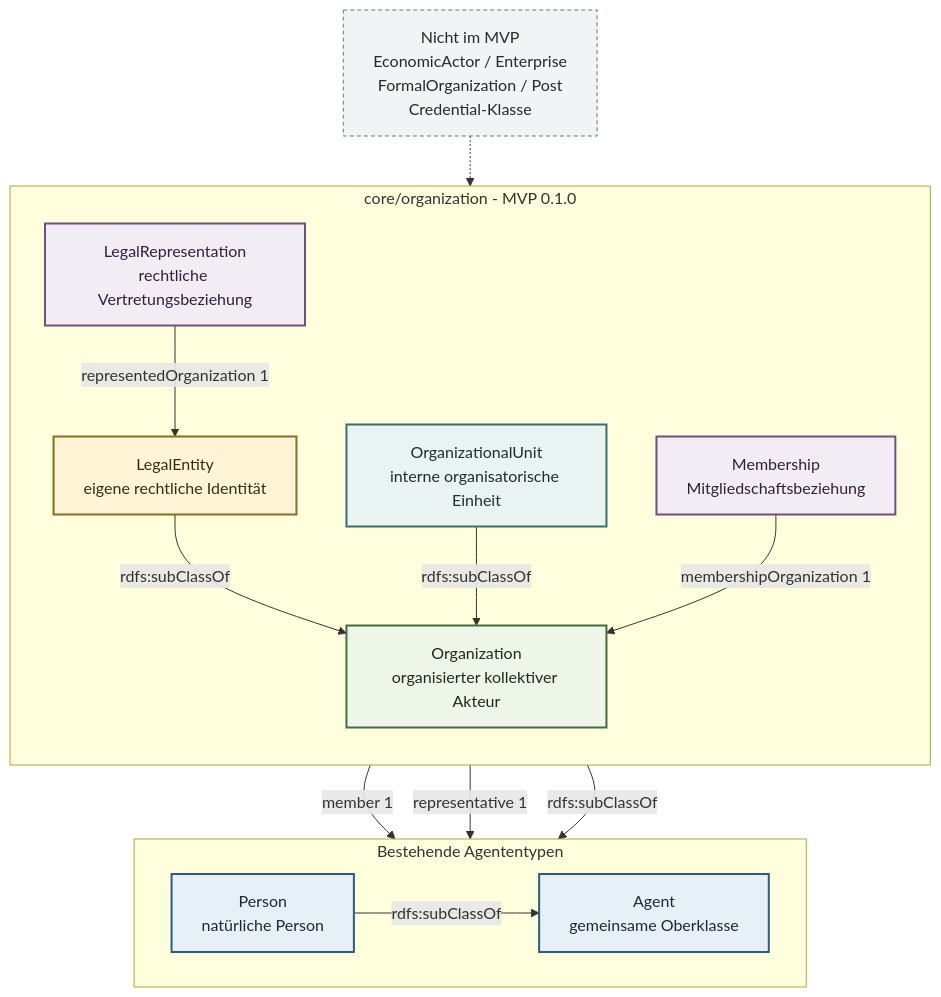
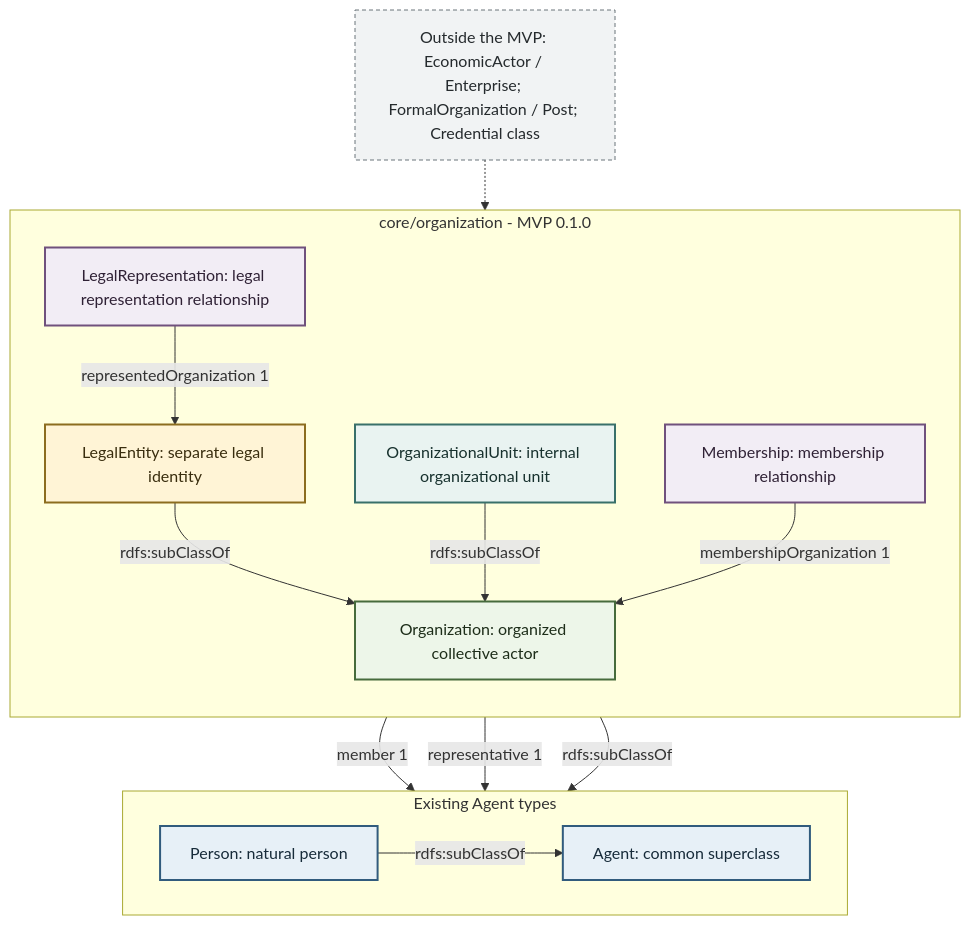
The first of 4 diagrams in modules/core/organization/docs/diagrams/organization-concept-model.md (project-construct-x/constructx-ontologies), drawn with Mermaid before and after one commit. The commit also changed other lines of this file and 230 other files, not shown here.

````diff
--- a/modules/core/organization/docs/diagrams/organization-concept-model.md
+++ b/modules/core/organization/docs/diagrams/organization-concept-model.md
@@ -13,46 +11,46 @@
 ```mermaid
 flowchart TB
-    subgraph AGENTS["Bestehende Agententypen"]
+    subgraph AGENTS["Existing Agent types"]
         direction LR
-        Agent["Agent<br/>gemeinsame Oberklasse"]
-        Person["Person<br/>natürliche Person"]
+        Agent["Agent: common superclass"]
+        Person["Person: natural person"]
         Person -->|"rdfs:subClassOf"| Agent
     end
 
     subgraph ORGANIZATION["core/organization - MVP 0.1.0"]
         direction TB
-        Org["Organization<br/>organisierter kollektiver Akteur"]
-        Legal["LegalEntity<br/>eigene rechtliche Identität"]
-        Unit["OrganizationalUnit<br/>interne organisatorische Einheit"]
+        Org["Organization: organized collective actor"]
+        Legal["LegalEntity: separate legal identity"]
+        Unit["OrganizationalUnit: internal organizational unit"]
 
-        Membership["Membership<br/>Mitgliedschaftsbeziehung"]
-        Representation["LegalRepresentation<br/>rechtliche Vertretungsbeziehung"]
+        Membership["Membership: membership relationship"]
+        Representation["LegalRepresentation: legal representation relationship"]
 
         Legal -->|"rdfs:subClassOf"| Org
         Unit -->|"rdfs:subClassOf"| Org
 
         Membership -->|"member 1"| Agent
         Membership -->|"membershipOrganization 1"| Org
         Representation -->|"representedOrganization 1"| Legal
         Representation -->|"representative 1"| Person
     end
 
     Org -->|"rdfs:subClassOf"| Agent
 
-    Deferred["Nicht im MVP<br/>EconomicActor / Enterprise<br/>FormalOrganization / Post<br/>Credential-Klasse"]
+    Deferred["Outside the MVP: EconomicActor / Enterprise; FormalOrganization / Post; Credential class"]
     Deferred -.-> Org
 
     classDef agent fill:#e7f0f7,stroke:#315b7d,color:#172b3a,stroke-width:2px;
     classDef organization fill:#edf6e9,stroke:#466b3c,color:#1d2d19,stroke-width:2px;
     classDef legal fill:#fff4d6,stroke:#8c6d1f,color:#392d0e,stroke-width:2px;
     classDef unit fill:#e9f3f1,stroke:#39706a,color:#17312e,stroke-width:2px;
     classDef relation fill:#f2edf5,stroke:#70517d,color:#2f2135,stroke-width:2px;
     classDef deferred fill:#f1f3f4,stroke:#6b747a,color:#252a2d,stroke-dasharray:4 3;
 
     class Agent,Person agent;
     class Org organization;
     class Legal legal;
     class Unit unit;
     class Membership,Representation relation;
     class Deferred deferred;
 ```
````
